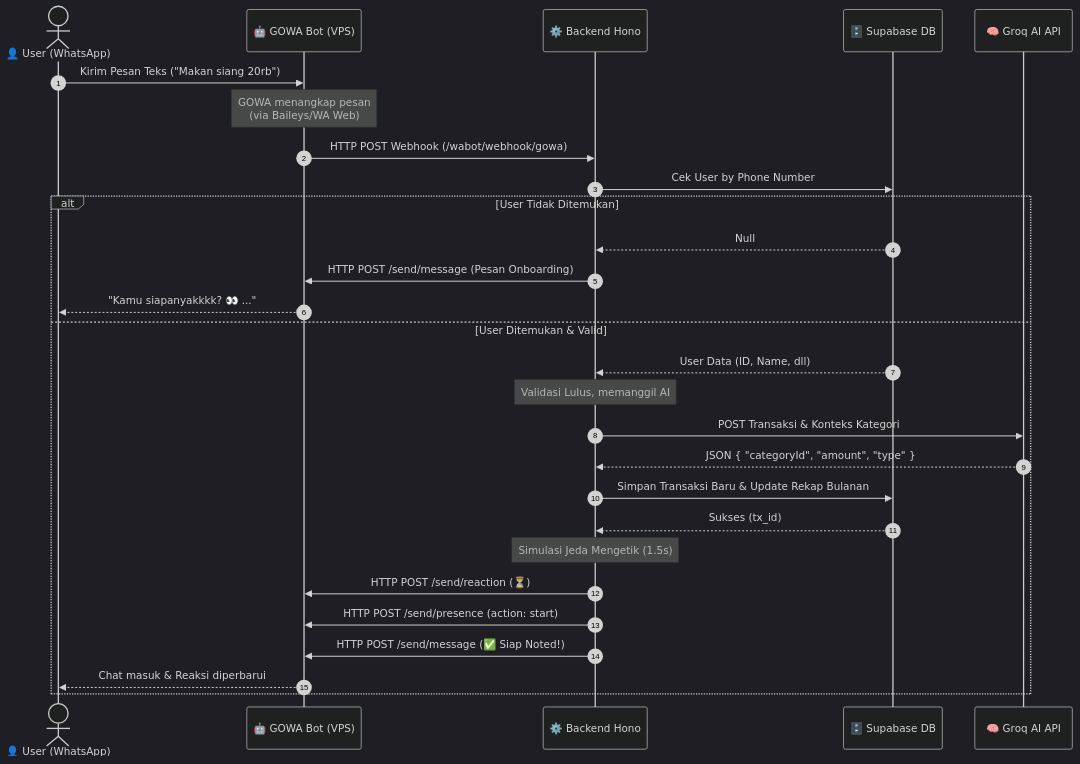
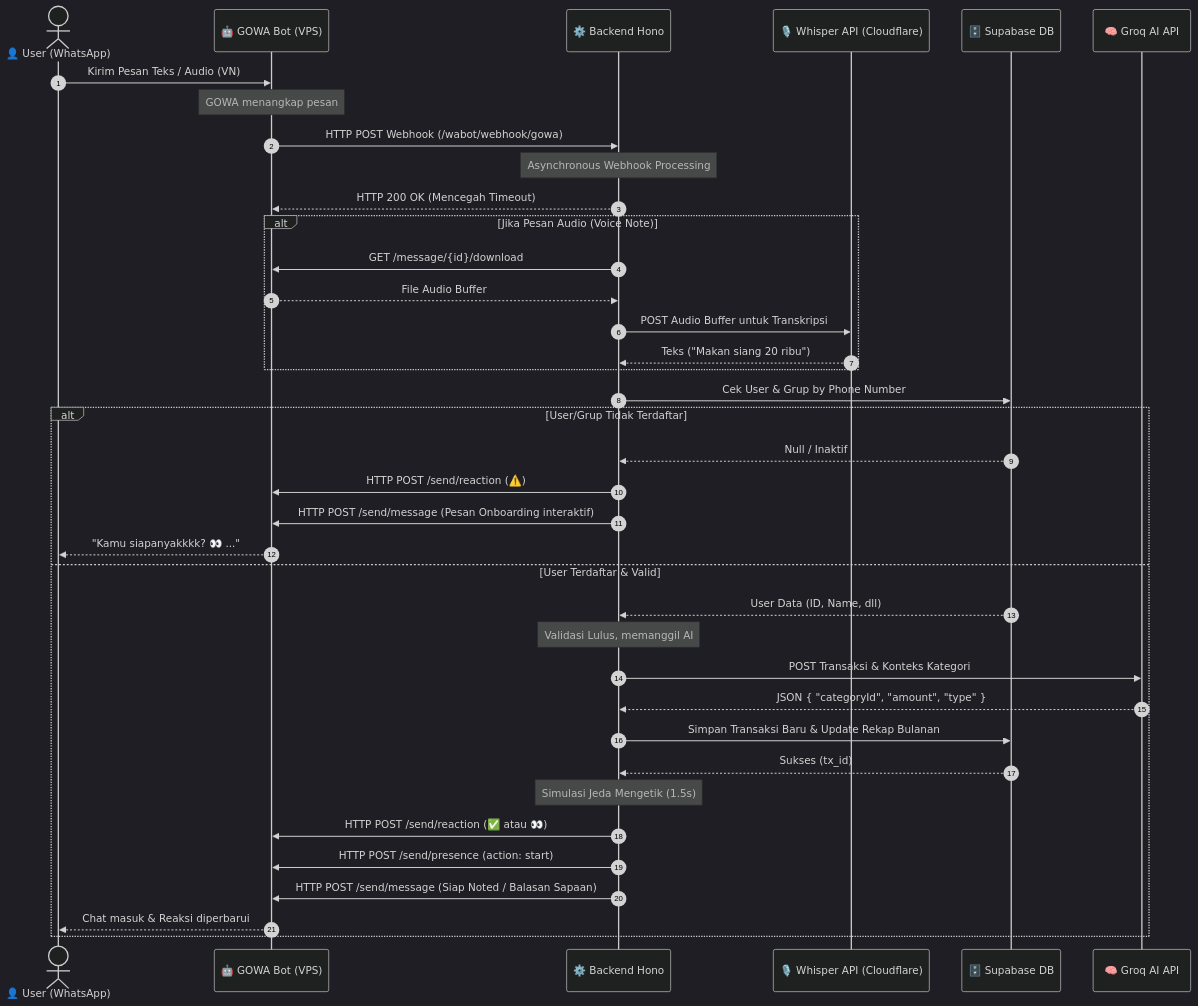
One commit to khensin166/Kainest_Be changed the diagram in doc/kainest_system_flow.md. Above: the diagram before and after it, drawn with Mermaid (dark theme). The commit also changed other lines of this file and 20 other files, not shown here.

Commit message:
feat: Add VN support, dynamic reactions, onboarding flow, doc route

````diff
--- a/doc/kainest_system_flow.md
+++ b/doc/kainest_system_flow.md
@@ -31,37 +31,49 @@
 ```mermaid
 sequenceDiagram
     autonumber
     actor User as 👤 User (WhatsApp)
     participant GOWA as 🤖 GOWA Bot (VPS)
     participant Backend as ⚙️ Backend Hono
+    participant Whisper as 🎙️ Whisper API (Cloudflare)
     participant DB as 🗄️ Supabase DB
     participant AI as 🧠 Groq AI API
 
-    User->>GOWA: Kirim Pesan Teks ("Makan siang 20rb")
-    Note over GOWA: GOWA menangkap pesan<br/>(via Baileys/WA Web)
+    User->>GOWA: Kirim Pesan Teks / Audio (VN)
+    Note over GOWA: GOWA menangkap pesan
     GOWA->>Backend: HTTP POST Webhook (/wabot/webhook/gowa)
     
-    Backend->>DB: Cek User by Phone Number
+    Note over Backend: Asynchronous Webhook Processing
+    Backend-->>GOWA: HTTP 200 OK (Mencegah Timeout)
     
-    alt User Tidak Ditemukan
-        DB-->>Backend: Null
-        Backend->>GOWA: HTTP POST /send/message (Pesan Onboarding)
+    alt Jika Pesan Audio (Voice Note)
+        Backend->>GOWA: GET /message/{id}/download
+        GOWA-->>Backend: File Audio Buffer
+        Backend->>Whisper: POST Audio Buffer untuk Transkripsi
+        Whisper-->>Backend: Teks ("Makan siang 20 ribu")
+    end
+
+    Backend->>DB: Cek User & Grup by Phone Number
+    
+    alt User/Grup Tidak Terdaftar
+        DB-->>Backend: Null / Inaktif
+        Backend->>GOWA: HTTP POST /send/reaction (⚠️)
+        Backend->>GOWA: HTTP POST /send/message (Pesan Onboarding interaktif)
         GOWA-->>User: "Kamu siapanyakkkk? 👀 ..."
-    else User Ditemukan & Valid
+    else User Terdaftar & Valid
         DB-->>Backend: User Data (ID, Name, dll)
         
         Note over Backend: Validasi Lulus, memanggil AI
         Backend->>AI: POST Transaksi & Konteks Kategori
         AI-->>Backend: JSON { "categoryId", "amount", "type" }
         
         Backend->>DB: Simpan Transaksi Baru & Update Rekap Bulanan
         DB-->>Backend: Sukses (tx_id)
         
         Note over Backend: Simulasi Jeda Mengetik (1.5s)
-        Backend->>GOWA: HTTP POST /send/reaction (⏳)
+        Backend->>GOWA: HTTP POST /send/reaction (✅ atau 👀)
         Backend->>GOWA: HTTP POST /send/presence (action: start)
-        Backend->>GOWA: HTTP POST /send/message (✅ Siap Noted!)
+        Backend->>GOWA: HTTP POST /send/message (Siap Noted / Balasan Sapaan)
         
         GOWA-->>User: Chat masuk & Reaksi diperbarui
     end
 ```
````
